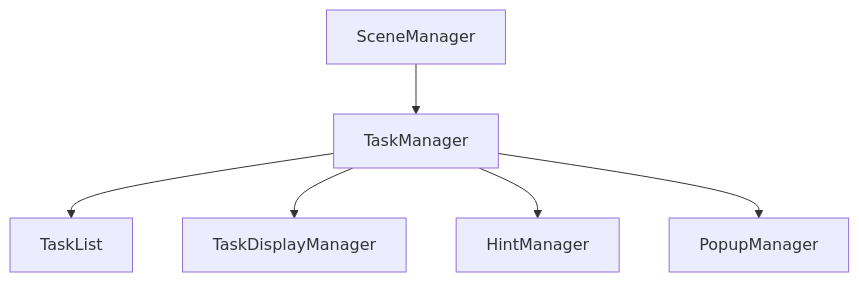
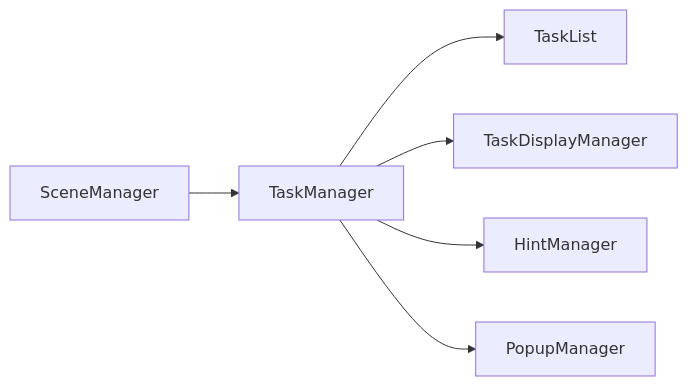
One commit to FarmasiaVR/farmasia-vr changed the first of 3 diagrams in Docs/Architecture/architecture.md. Above: the diagram before and after it, drawn with Mermaid.

````diff
--- a/Docs/Architecture/architecture.md
+++ b/Docs/Architecture/architecture.md
@@ -6,8 +6,8 @@
 ``` mermaid
-flowchart TD
+flowchart LR
     SceneManager --> TaskManager
     TaskManager --> TaskList
     TaskManager --> TaskDisplayManager
     TaskManager --> HintManager
     TaskManager --> PopupManager
 ```
````
